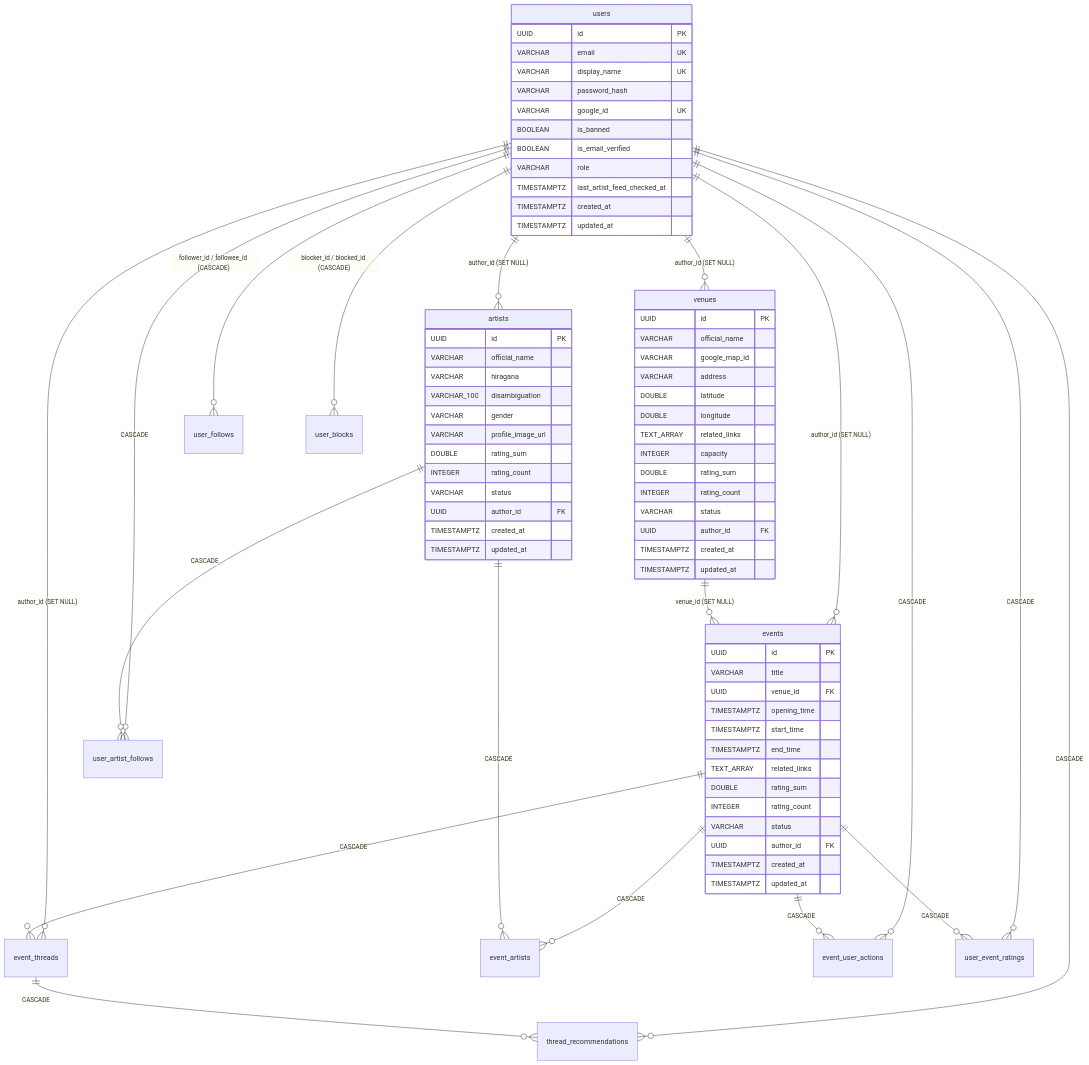
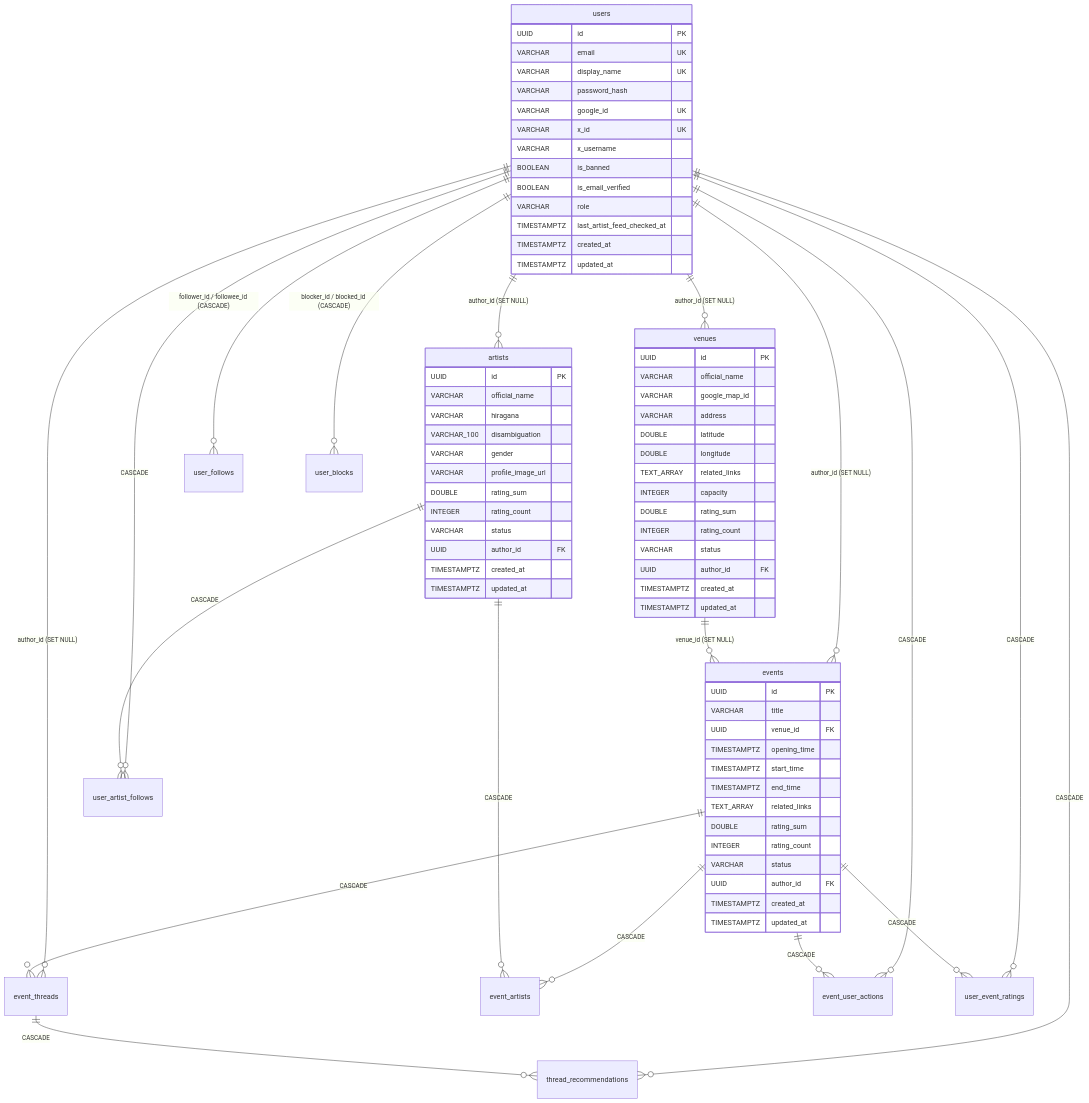
Before and after one commit to koanghun/eventer-map: the diagram in wiki/DATABASE_SCHEMA.md, drawn with Mermaid. The commit also changed other lines of this file and 53 other files, not shown here.

```diff
--- a/wiki/DATABASE_SCHEMA.md
+++ b/wiki/DATABASE_SCHEMA.md
@@ -40,6 +40,8 @@
         VARCHAR display_name UK
         VARCHAR password_hash
         VARCHAR google_id UK
+        VARCHAR x_id UK
+        VARCHAR x_username
         BOOLEAN is_banned
         BOOLEAN is_email_verified
         VARCHAR role
```
